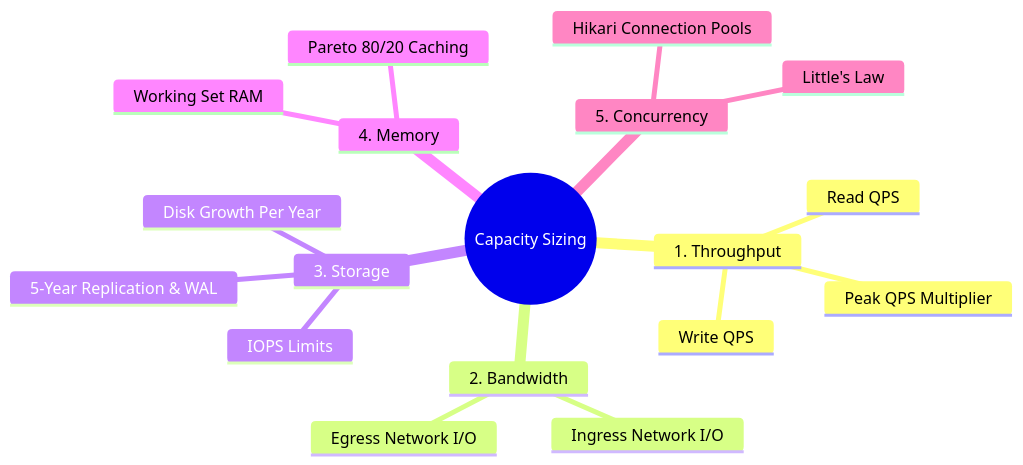
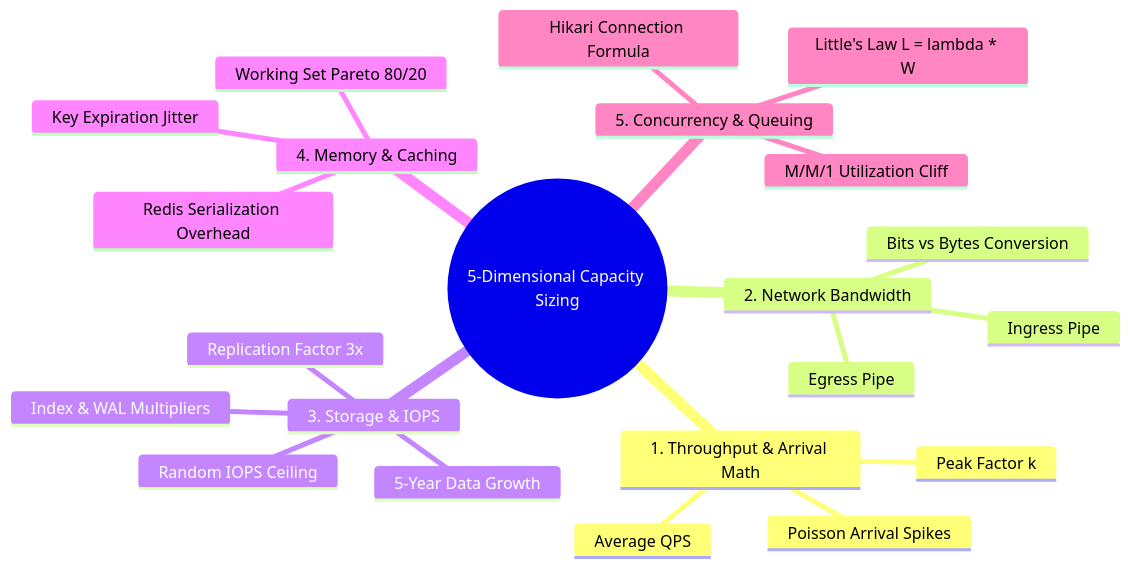
One commit to weaponxwolf/backend-engineering-mastry changed the third of 6 diagrams in docs/system-design/capacity-estimation.mdx. Above: the diagram before and after it, drawn with Mermaid. The commit also changed other lines of this file and 16 other files, not shown here.

Commit message:
refactor: overhaul query design and migration documentation with detailed physical storage, visibility map, and concurrency safety principles.

````diff
--- a/docs/system-design/capacity-estimation.mdx
+++ b/docs/system-design/capacity-estimation.mdx
@@ -90,21 +159,25 @@
 ```mermaid
 mindmap
-  root((Capacity Sizing))
-    1. Throughput
-      Read QPS
-      Write QPS
-      Peak QPS Multiplier
-    2. Bandwidth
-      Ingress Network I/O
-      Egress Network I/O
-    3. Storage
-      Disk Growth Per Year
-      5-Year Replication & WAL
-      IOPS Limits
-    4. Memory
-      Working Set RAM
-      Pareto 80/20 Caching
-    5. Concurrency
-      Little's Law
-      Hikari Connection Pools
+  root((5-Dimensional Capacity Sizing))
+    1. Throughput & Arrival Math
+      Average QPS
+      Peak Factor k
+      Poisson Arrival Spikes
+    2. Network Bandwidth
+      Ingress Pipe
+      Egress Pipe
+      Bits vs Bytes Conversion
+    3. Storage & IOPS
+      5-Year Data Growth
+      Replication Factor 3x
+      Index & WAL Multipliers
+      Random IOPS Ceiling
+    4. Memory & Caching
+      Working Set Pareto 80/20
+      Redis Serialization Overhead
+      Key Expiration Jitter
+    5. Concurrency & Queuing
+      Little's Law L = lambda * W
+      M/M/1 Utilization Cliff
+      Hikari Connection Formula
 ```
````
